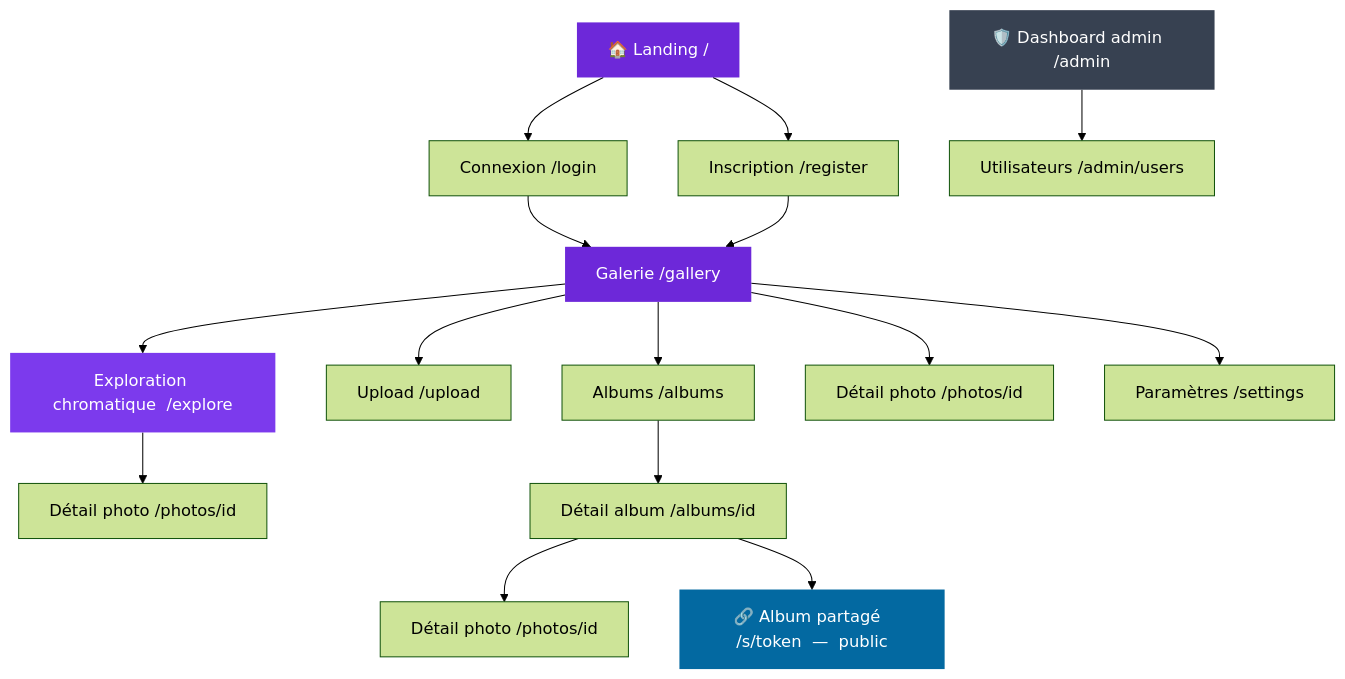
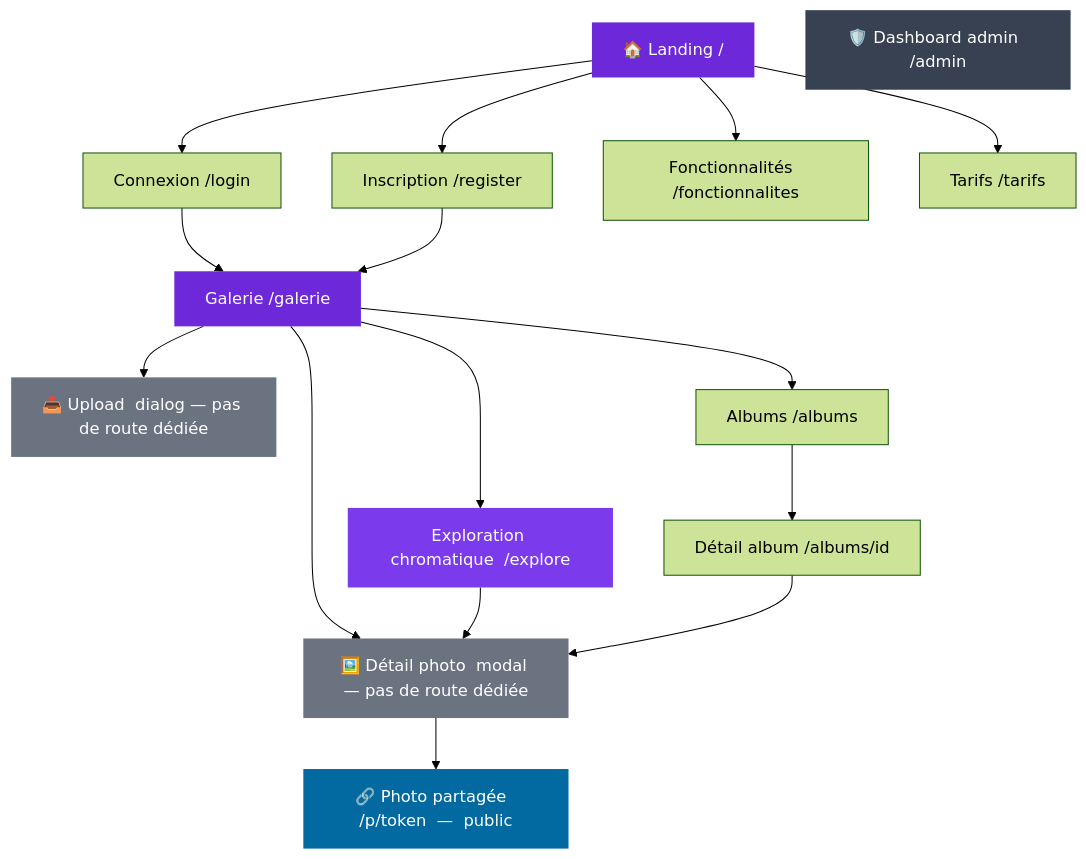
The diagram in docs/architecture-pages.md (TonyMascate/fil_rouge_plateforme), drawn with Mermaid (forest theme) before and after one commit. The commit also changed other lines of this file and 17 other files, not shown here.

````diff
--- a/docs/architecture-pages.md
+++ b/docs/architecture-pages.md
@@ -5,30 +5,34 @@
 ```mermaid
 flowchart TD
     LANDING["🏠 Landing  /"]
 
     LANDING --> LOGIN["Connexion  /login"]
     LANDING --> REGISTER["Inscription  /register"]
+    LANDING --> FONCTIONNALITES["Fonctionnalités  /fonctionnalites"]
+    LANDING --> TARIFS["Tarifs  /tarifs"]
 
-    LOGIN --> GALLERY["Galerie  /gallery"]
+    LOGIN --> GALLERY["Galerie  /galerie"]
     REGISTER --> GALLERY
 
+    GALLERY --> UPLOAD["📤 Upload  dialog — pas de route dédiée"]
     GALLERY --> CHROMATIC["Exploration chromatique  /explore"]
-    GALLERY --> UPLOAD["Upload  /upload"]
     GALLERY --> ALBUMS_LIST["Albums  /albums"]
-    GALLERY --> PHOTO_G["Détail photo  /photos/id"]
-    GALLERY --> SETTINGS["Paramètres  /settings"]
+    GALLERY --> PHOTO_MODAL["🖼️ Détail photo  modal — pas de route dédiée"]
 
-    CHROMATIC --> PHOTO_C["Détail photo  /photos/id"]
+    CHROMATIC --> PHOTO_MODAL
 
     ALBUMS_LIST --> ALBUM_DETAIL["Détail album  /albums/id"]
-    ALBUM_DETAIL --> PHOTO_A["Détail photo  /photos/id"]
-    ALBUM_DETAIL --> SHARED["🔗 Album partagé  /s/token  —  public"]
+    ALBUM_DETAIL --> PHOTO_MODAL
 
-    ADMIN["🛡️ Dashboard admin  /admin"] --> ADMIN_USERS["Utilisateurs  /admin/users"]
+    PHOTO_MODAL --> SHARED["🔗 Photo partagée  /p/token  —  public"]
+
+    ADMIN["🛡️ Dashboard admin  /admin"]
 
     style LANDING fill:#6d28d9,color:#fff,stroke:none
     style GALLERY fill:#6d28d9,color:#fff,stroke:none
     style ADMIN fill:#374151,color:#fff,stroke:none
     style SHARED fill:#0369a1,color:#fff,stroke:none
     style CHROMATIC fill:#7c3aed,color:#fff,stroke:none
+    style UPLOAD fill:#6b7280,color:#fff,stroke:none
+    style PHOTO_MODAL fill:#6b7280,color:#fff,stroke:none
 ```
````
